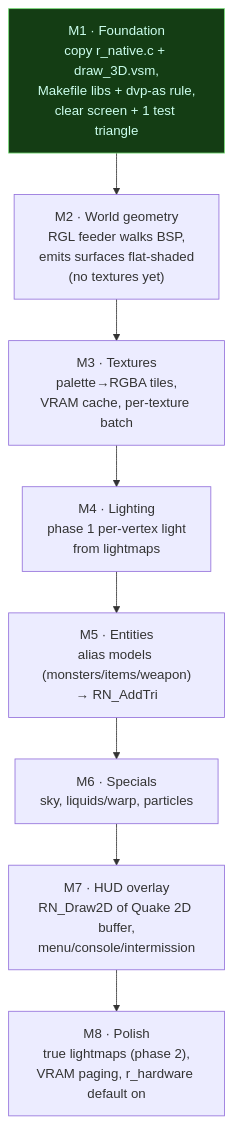
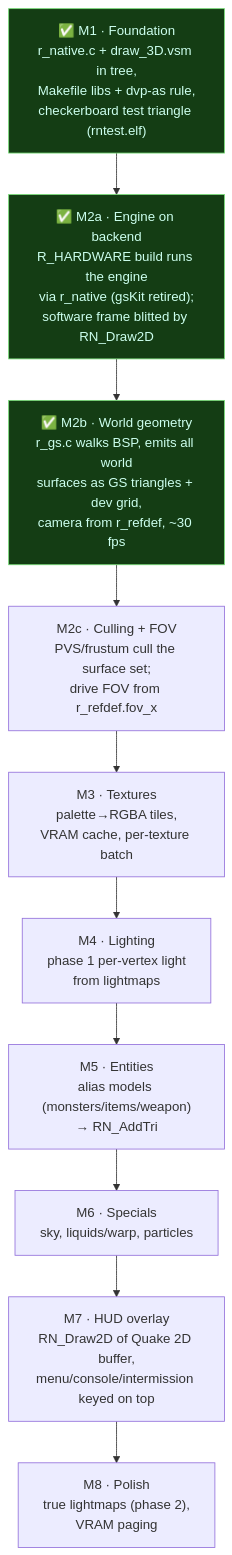
One commit to Arawn-Davies/ps2quake changed the ninth of 9 diagrams in docs/gs-renderer.md. Above: the diagram before and after it, drawn with Mermaid. The commit also changed other lines of this file and 4 other files, not shown here.

First line of the commit message:
Build software + hardware renderers as separate ELFs; update docs

````diff
--- a/docs/gs-renderer.md
+++ b/docs/gs-renderer.md
@@ -343,14 +351,18 @@
 ```mermaid
 flowchart TD
-    M1["M1 · Foundation<br/>copy r_native.c + draw_3D.vsm,<br/>Makefile libs + dvp-as rule,<br/>clear screen + 1 test triangle"]
-    M2["M2 · World geometry<br/>RGL feeder walks BSP,<br/>emits surfaces flat-shaded<br/>(no textures yet)"]
+    M1["✅ M1 · Foundation<br/>r_native.c + draw_3D.vsm in tree,<br/>Makefile libs + dvp-as rule,<br/>checkerboard test triangle (rntest.elf)"]
+    M2a["✅ M2a · Engine on backend<br/>R_HARDWARE build runs the engine<br/>via r_native (gsKit retired);<br/>software frame blitted by RN_Draw2D"]
+    M2b["✅ M2b · World geometry<br/>r_gs.c walks BSP, emits all world<br/>surfaces as GS triangles + dev grid,<br/>camera from r_refdef, ~30 fps"]
+    M2c["M2c · Culling + FOV<br/>PVS/frustum cull the surface set;<br/>drive FOV from r_refdef.fov_x"]
     M3["M3 · Textures<br/>palette→RGBA tiles,<br/>VRAM cache, per-texture batch"]
     M4["M4 · Lighting<br/>phase 1 per-vertex light<br/>from lightmaps"]
     M5["M5 · Entities<br/>alias models (monsters/items/weapon)<br/>→ RN_AddTri"]
     M6["M6 · Specials<br/>sky, liquids/warp, particles"]
-    M7["M7 · HUD overlay<br/>RN_Draw2D of Quake 2D buffer,<br/>menu/console/intermission"]
-    M8["M8 · Polish<br/>true lightmaps (phase 2),<br/>VRAM paging, r_hardware default on"]
-    M1 --> M2 --> M3 --> M4 --> M5 --> M6 --> M7 --> M8
+    M7["M7 · HUD overlay<br/>RN_Draw2D of Quake 2D buffer,<br/>menu/console/intermission keyed on top"]
+    M8["M8 · Polish<br/>true lightmaps (phase 2),<br/>VRAM paging"]
+    M1 --> M2a --> M2b --> M2c --> M3 --> M4 --> M5 --> M6 --> M7 --> M8
 
     style M1 fill:#143d14,stroke:#7d7,color:#cfe
+    style M2a fill:#143d14,stroke:#7d7,color:#cfe
+    style M2b fill:#143d14,stroke:#7d7,color:#cfe
 ```
````
